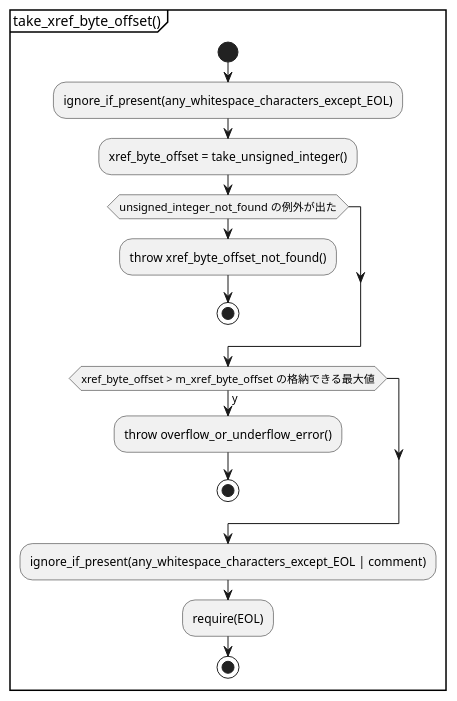
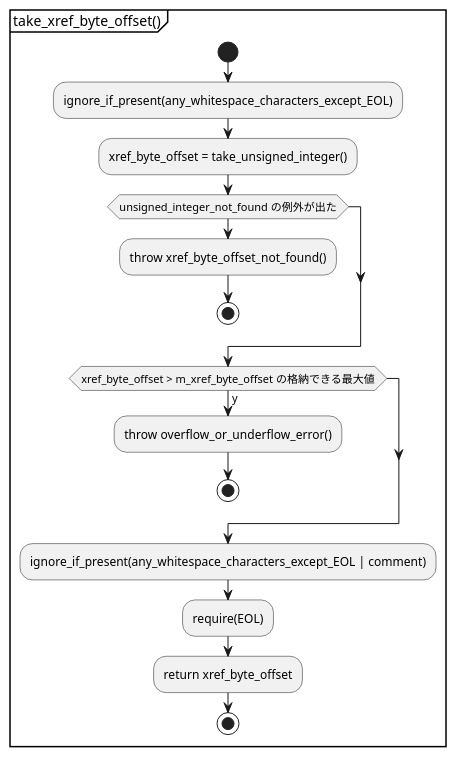
The third of 7 diagrams in document/parser.activity.pu (KodaiYM/PDFReader), drawn with PlantUML before and after one commit. The commit also changed other lines of this file and 1 other file, not shown here.

Commit message:
クラス図を正しいUMLの記法に沿って記述した

```diff
--- a/document/parser.activity.pu
+++ b/document/parser.activity.pu
@@ -31,18 +31,19 @@
 @startuml take_xref_byte_offset
 partition "take_xref_byte_offset()" {
 start
 	:ignore_if_present(any_whitespace_characters_except_EOL);
 	:xref_byte_offset = take_unsigned_integer();
 	if (unsigned_integer_not_found の例外が出た)
 		:throw xref_byte_offset_not_found();
 		stop
 	endif
 	if (xref_byte_offset > m_xref_byte_offset の格納できる最大値) then (y)
 		:throw overflow_or_underflow_error();
 		stop
 	endif
 	:ignore_if_present(any_whitespace_characters_except_EOL | comment);
 	:require(EOL);
+	:return xref_byte_offset;
 stop
 }
 @enduml
```
